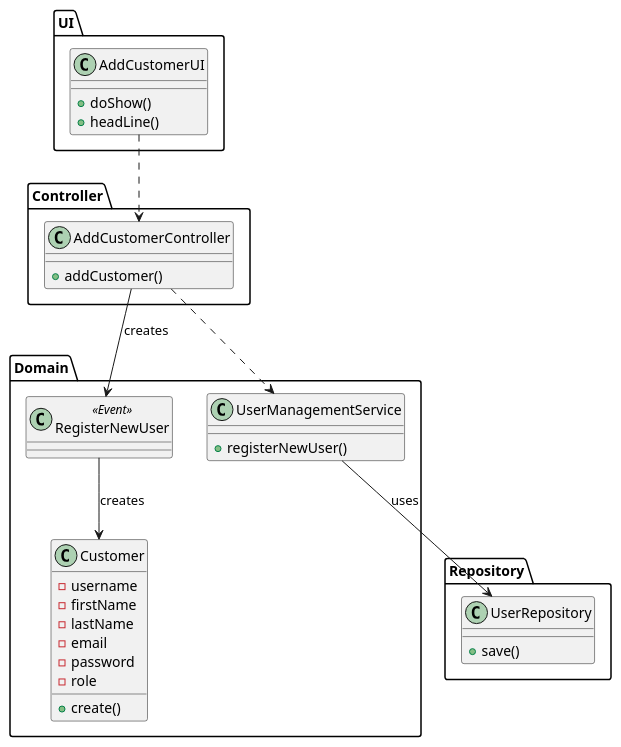
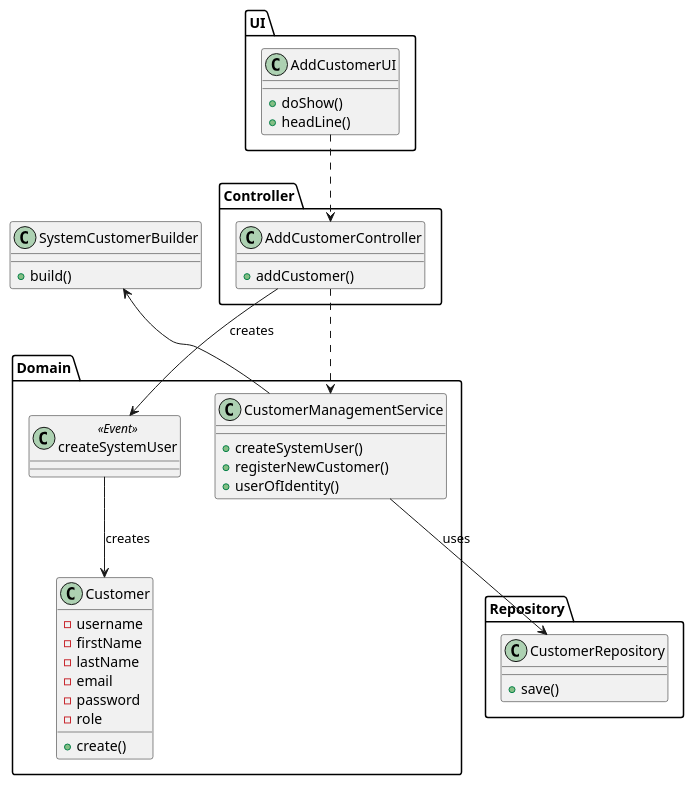
The diagram in docs/sprintB/1001/1001-class-diagram.puml (marcoferreira37/Lapr4), drawn with PlantUML before and after one commit. The commit also changed 11 other files, not shown here.

```diff
--- a/docs/sprintB/1001/1001-class-diagram.puml
+++ b/docs/sprintB/1001/1001-class-diagram.puml
@@ -1,56 +1,63 @@
 @startuml
 
 package UI{
     class AddCustomerUI{
     +doShow()
     +headLine()
     }
 }
 
 package Controller{
     class AddCustomerController{
     +addCustomer()
 
     }
 }
 
 package Domain{
 
 
-    class UserManagementService{
-    +registerNewUser()
+    class CustomerManagementService{
+    +createSystemUser()
+    +registerNewCustomer()
+    +userOfIdentity()
     }
 
 
 
     class Customer{
     -username
     -firstName
     -lastName
     -email
     -password
     -role
     +create()
     }
 
-    class RegisterNewUser<<Event>>{
+    class createSystemUser<<Event>>{
     }
 
 
 }
 
 package Repository{
-    class UserRepository{
+    class CustomerRepository{
     +save()
     }
 }
 
+class SystemCustomerBuilder{
+    +build()
+}
+
 AddCustomerUI ..> AddCustomerController
 
-AddCustomerController ..> UserManagementService
+AddCustomerController ..> CustomerManagementService
 
-RegisterNewUser --> Customer: creates
-UserManagementService --> UserRepository: uses
-AddCustomerController --> RegisterNewUser: creates
+createSystemUser --> Customer: creates
+CustomerManagementService --> CustomerRepository: uses
+AddCustomerController --> createSystemUser: creates
+SystemCustomerBuilder <-- CustomerManagementService
 
 @enduml
```
